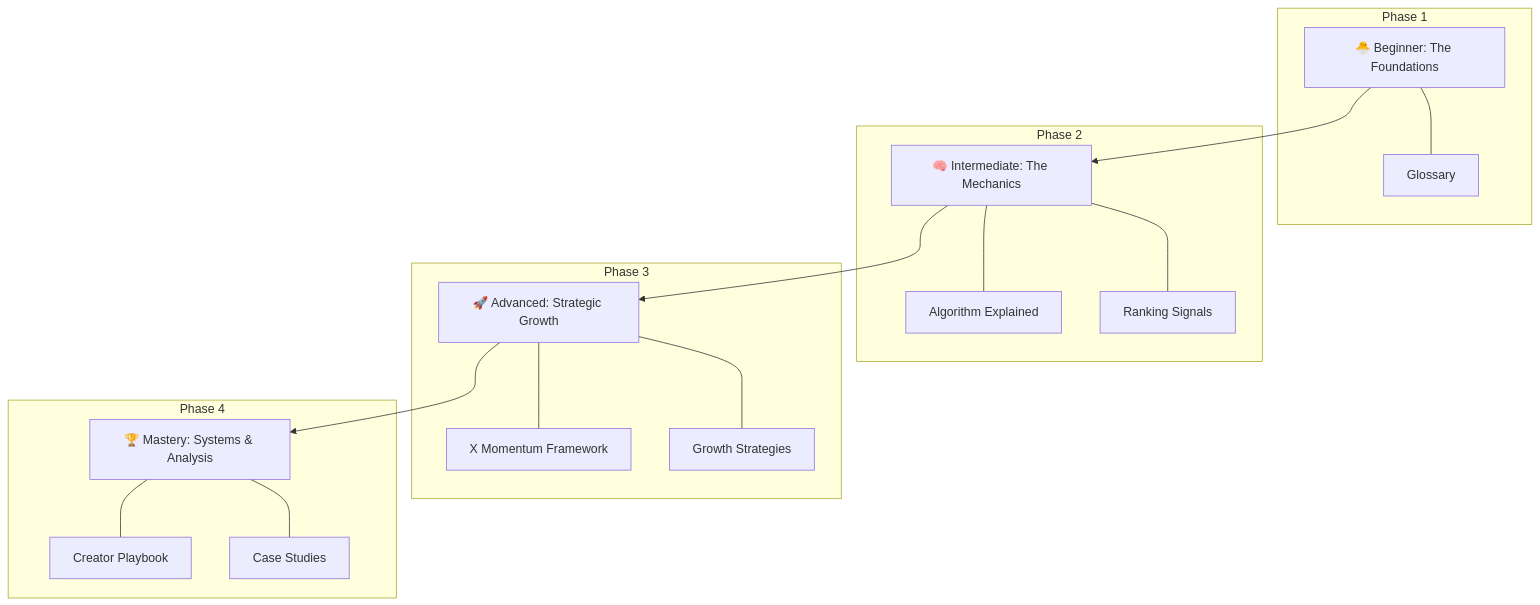
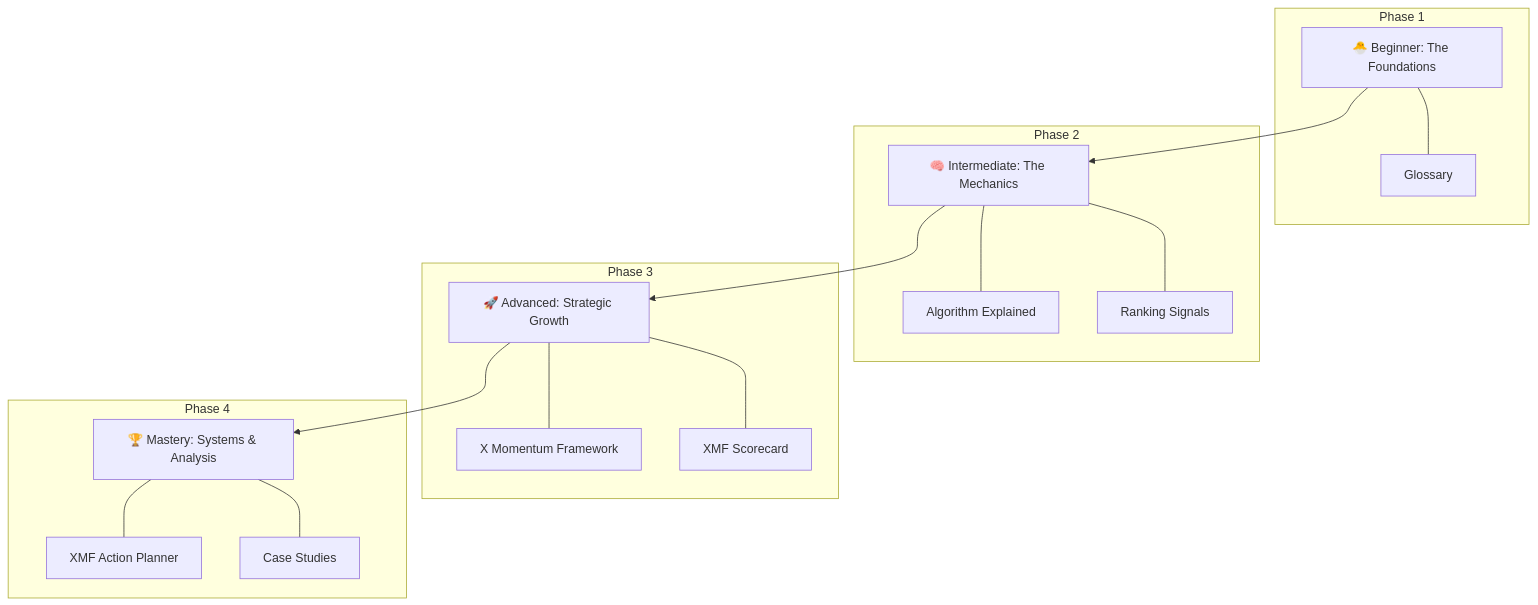
The first of 2 diagrams in README.md (Hustlenix/X-growth-lab), drawn with Mermaid before and after one commit. The commit also changed other lines of this file and 4 other files, not shown here.

First line of the commit message:
Operationalize X Momentum Framework (XMF) with scorecards and action planners

````diff
--- a/README.md
+++ b/README.md
@@ -37,25 +34,25 @@
 ```mermaid
 graph TD
     A[🐣 Beginner: The Foundations] --> B[🧠 Intermediate: The Mechanics]
     B --> C[🚀 Advanced: Strategic Growth]
     C --> D[🏆 Mastery: Systems & Analysis]
 
     subgraph "Phase 1"
     A --- A1[Glossary]
     end
 
     subgraph "Phase 2"
     B --- B1[Algorithm Explained]
     B --- B2[Ranking Signals]
     end
 
     subgraph "Phase 3"
     C --- C1[X Momentum Framework]
-    C --- C2[Growth Strategies]
+    C --- C2[XMF Scorecard]
     end
 
     subgraph "Phase 4"
-    D --- D1[Creator Playbook]
+    D --- D1[XMF Action Planner]
     D --- D2[Case Studies]
     end
 ```
````
